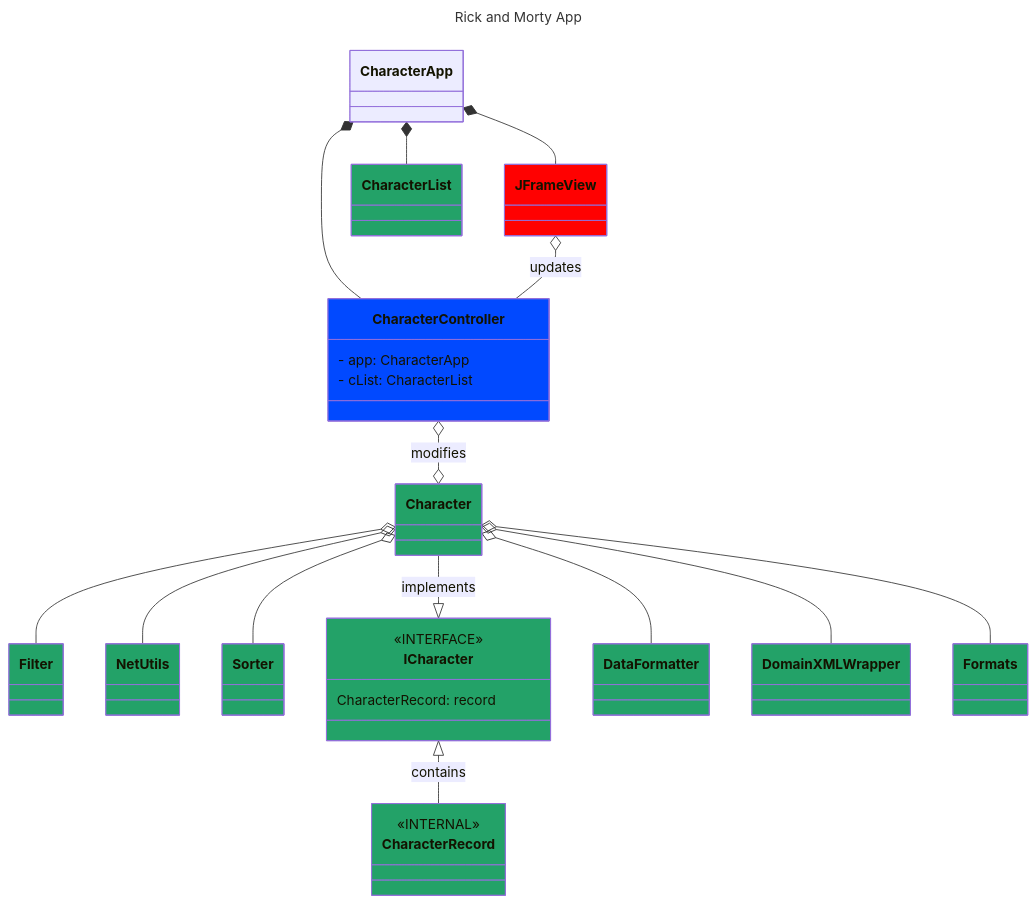
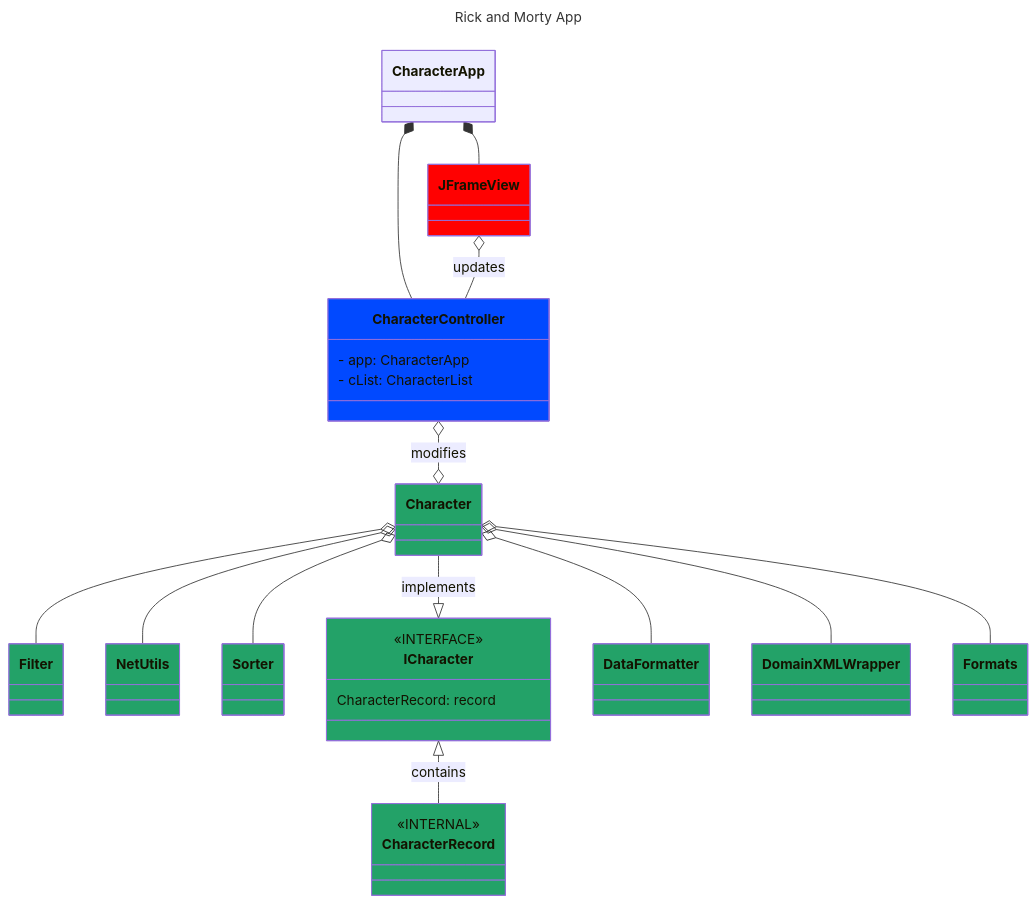
One commit to Su24-CS5004-Online-Lionelle/final-project-group-10 changed the diagram in DesignDocuments/InitialUML.md. Above: the diagram before and after it, drawn with Mermaid.

````diff
--- a/DesignDocuments/InitialUML.md
+++ b/DesignDocuments/InitialUML.md
@@ -1,72 +1,70 @@
 ```mermaid
 ---
 title: Rick and Morty App
 ---
 classDiagram
     direction TB
     class CharacterApp{
  }
     class JFrameView{
         
  }
     class Filter{
         
     }
     class NetUtils{
         
     }
     class Sorter{
         
     }
     class Character{
         
     }
     Character --|> ICharacter: implements
     class ICharacter{
         <<INTERFACE>>
         CharacterRecord: record
     }
     class DataFormatter{
         
     }
     class DomainXMLWrapper{
         
     }
     class Formats{
         
     }
     class CharacterController{
          - app: CharacterApp
          - cList: CharacterList
     }
     class CharacterRecord{
         <<INTERNAL>>
     }
     CharacterApp *-- JFrameView
     CharacterApp *-- CharacterController
-    CharacterApp *-- CharacterList
     JFrameView o-- CharacterController: updates
     CharacterController o--o Character: modifies
     Character o-- Filter
     Character o-- DataFormatter
     Character o-- DomainXMLWrapper
     Character o-- NetUtils
     Character o-- Sorter
     Character o-- Formats
     ICharacter <|-- CharacterRecord: contains
 
     style DataFormatter fill:#23A268
     style CharacterRecord fill:#23A268
-    style CharacterList fill:#23A268
     style DomainXMLWrapper fill:#23A268
     style Formats fill:#23A268
     style NetUtils fill:#23A268
     style Sorter fill:#23A268
     style Character fill:#23A268
     style Filter fill:#23A268
     style ICharacter fill:#23A268
     style JFrameView fill: #FF0101
     style CharacterController fill:#0149FF
 
 
 ```
````
